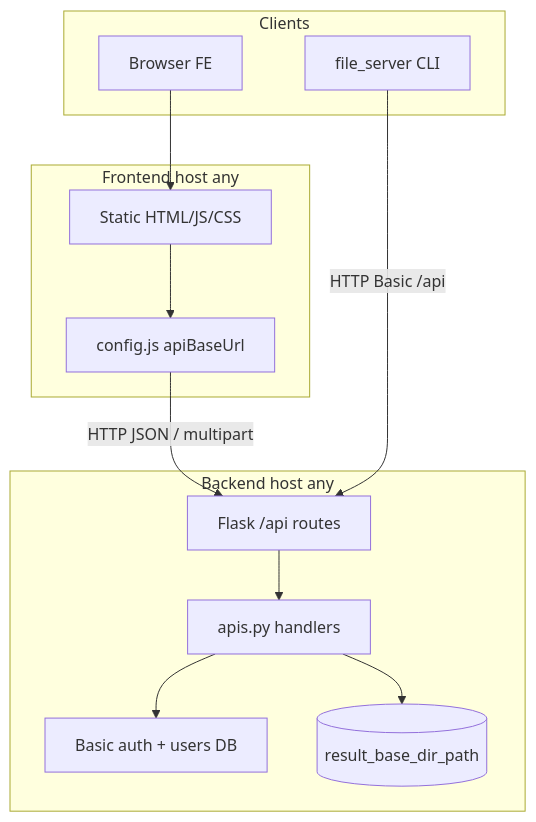
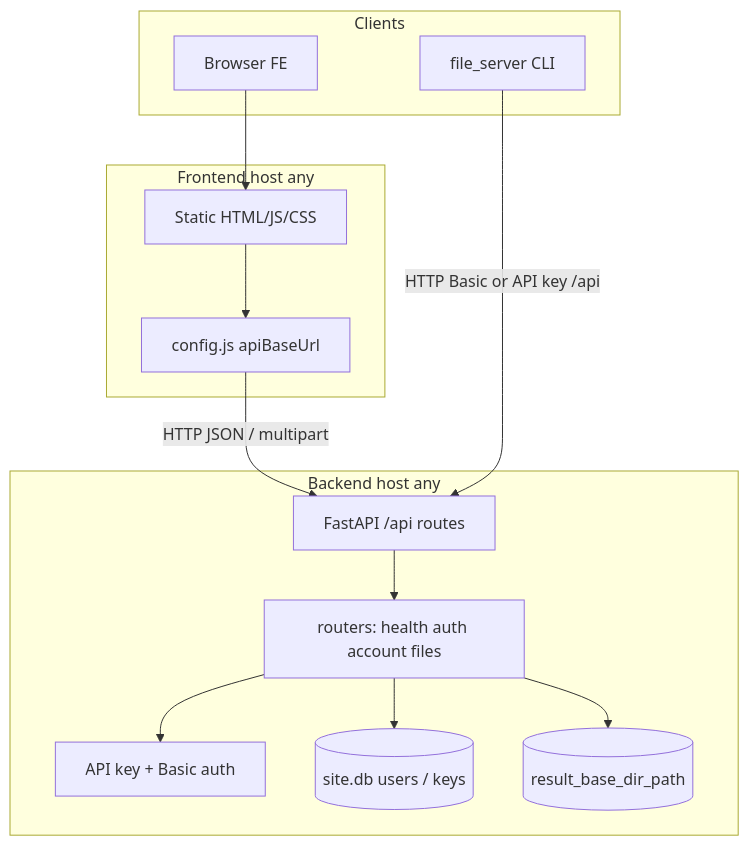
Before and after one commit to lyfofvipin/File-Server: the diagram in README.md, drawn with Mermaid. The commit also changed other lines of this file and 6 other files, not shown here.

````diff
--- a/README.md
+++ b/README.md
@@ -12,27 +12,29 @@
 ```mermaid
 flowchart TB
   subgraph clients [Clients]
     Browser[Browser FE]
     CLI[file_server CLI]
   end
 
   subgraph frontendHost [Frontend host any]
     StaticUI[Static HTML/JS/CSS]
     ConfigJS["config.js apiBaseUrl"]
   end
 
   subgraph backendHost [Backend host any]
-    FlaskAPI[Flask /api routes]
-    Handlers[apis.py handlers]
-    Auth[Basic auth + users DB]
+    FastAPI[FastAPI /api routes]
+    Routers[routers: health auth account files]
+    Auth[API key + Basic auth]
+    DB[(site.db users / keys)]
     FS[(result_base_dir_path)]
   end
 
   Browser --> StaticUI
   StaticUI --> ConfigJS
-  ConfigJS -->|"HTTP JSON / multipart"| FlaskAPI
-  CLI -->|"HTTP Basic /api"| FlaskAPI
-  FlaskAPI --> Handlers
-  Handlers --> Auth
-  Handlers --> FS
+  ConfigJS -->|"HTTP JSON / multipart"| FastAPI
+  CLI -->|"HTTP Basic or API key /api"| FastAPI
+  FastAPI --> Routers
+  Routers --> Auth
+  Routers --> DB
+  Routers --> FS
 ```
````
